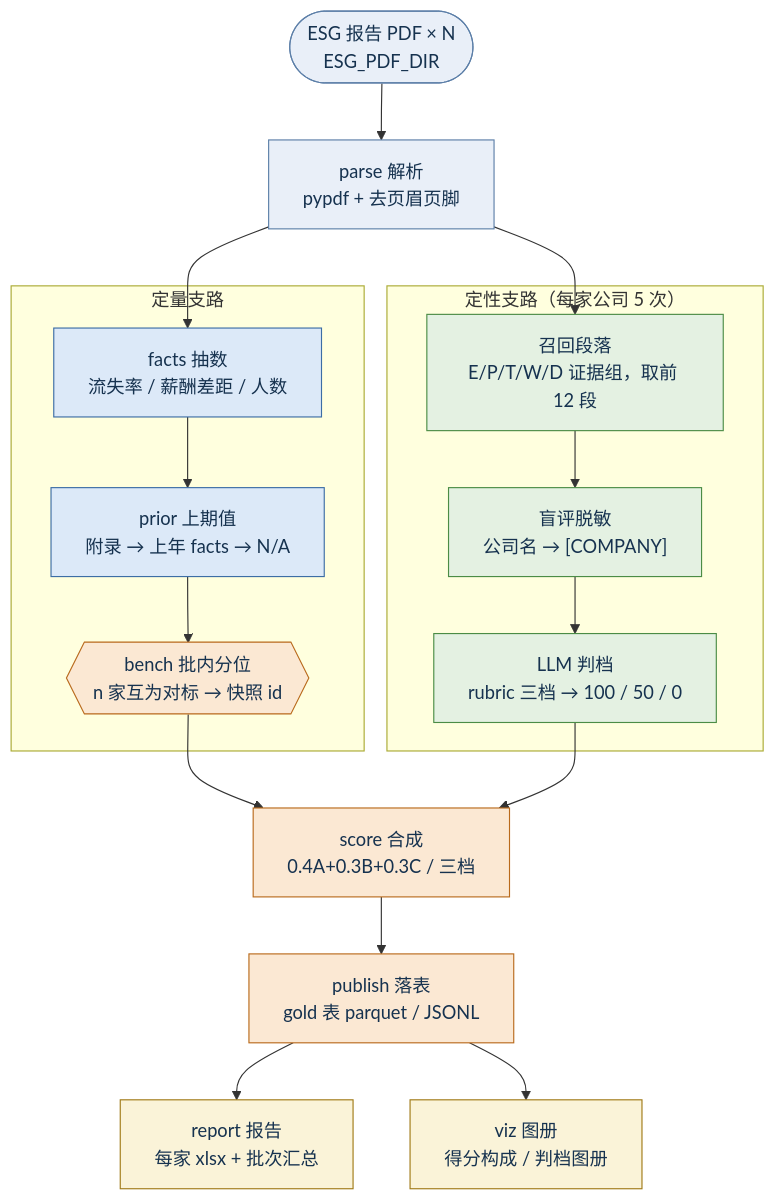
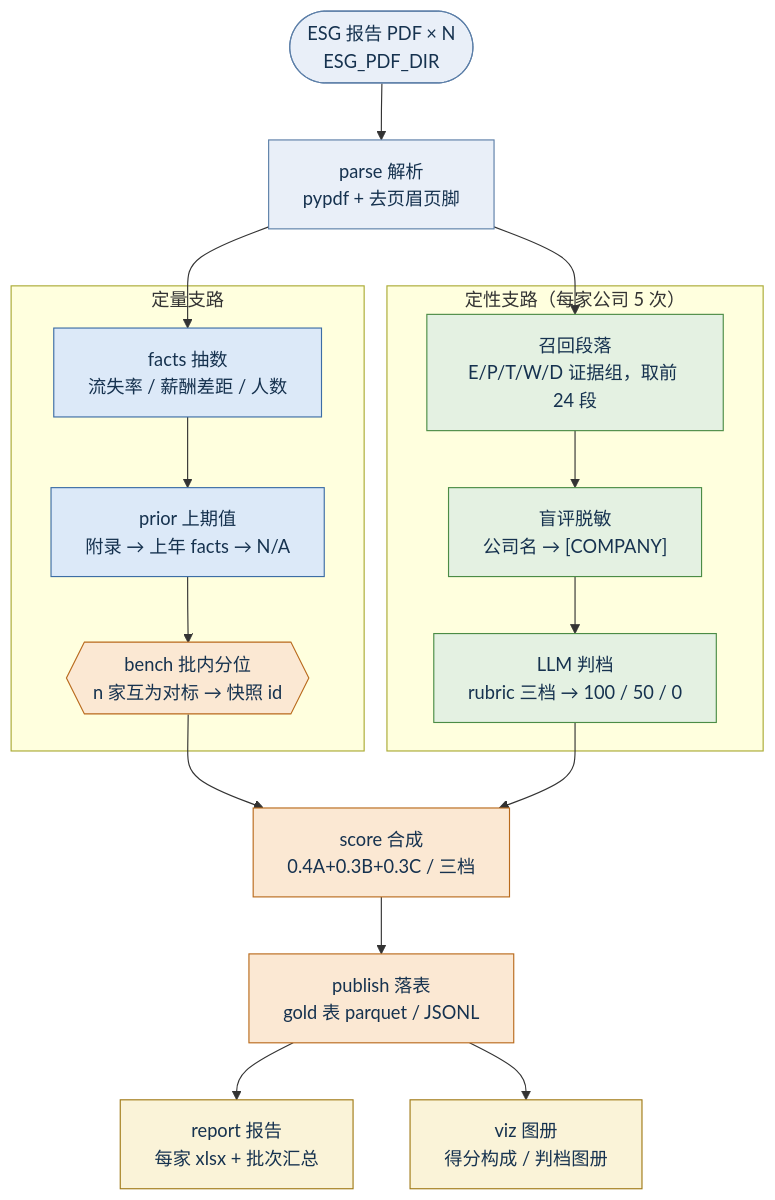
The diagram in docs/pipeline_flow.md (HKUBSAIRI/esg_s11_scorer), drawn with Mermaid before and after one commit. The commit also changed other lines of this file and 39 other files, not shown here.

````diff
--- a/docs/pipeline_flow.md
+++ b/docs/pipeline_flow.md
@@ -8,45 +8,45 @@
 ```mermaid
 flowchart TB
     PDF(["ESG 报告 PDF × N<br/>ESG_PDF_DIR"])
     PARSE["parse 解析<br/>pypdf + 去页眉页脚"]
 
     subgraph QTY["定量支路"]
         FACTS["facts 抽数<br/>流失率 / 薪酬差距 / 人数"]
         PRIOR["prior 上期值<br/>附录 → 上年 facts → N/A"]
         BENCH{{"bench 批内分位<br/>n 家互为对标 → 快照 id"}}
         FACTS --> PRIOR --> BENCH
     end
 
     subgraph QLT["定性支路（每家公司 5 次）"]
-        RECALL["召回段落<br/>E/P/T/W/D 证据组，取前 12 段"]
+        RECALL["召回段落<br/>E/P/T/W/D 证据组，取前 24 段"]
         BLIND["盲评脱敏<br/>公司名 → [COMPANY]"]
         JUDGE["LLM 判档<br/>rubric 三档 → 100 / 50 / 0"]
         RECALL --> BLIND --> JUDGE
     end
 
     SCORE["score 合成<br/>0.4A+0.3B+0.3C / 三档"]
     PUB["publish 落表<br/>gold 表 parquet / JSONL"]
     RPT["report 报告<br/>每家 xlsx + 批次汇总"]
     VIZ["viz 图册<br/>得分构成 / 判档图册"]
 
     PDF --> PARSE
     PARSE --> FACTS
     PARSE --> RECALL
     BENCH --> SCORE
     JUDGE --> SCORE
     SCORE --> PUB
     PUB --> RPT
     PUB --> VIZ
 
     classDef io fill:#E9EFF8,stroke:#5C7FA8,color:#16324F
     classDef qty fill:#DCE9F8,stroke:#3C6DA5,color:#16324F
     classDef qlt fill:#E4F1E2,stroke:#4B8C45,color:#16324F
     classDef score fill:#FBE8D3,stroke:#B96A1C,color:#16324F
     classDef out fill:#FAF3D8,stroke:#A07A16,color:#16324F
 
     class PDF,PARSE io
     class FACTS,PRIOR qty
     class RECALL,BLIND,JUDGE qlt
     class BENCH,SCORE,PUB score
     class RPT,VIZ out
 ```
````
